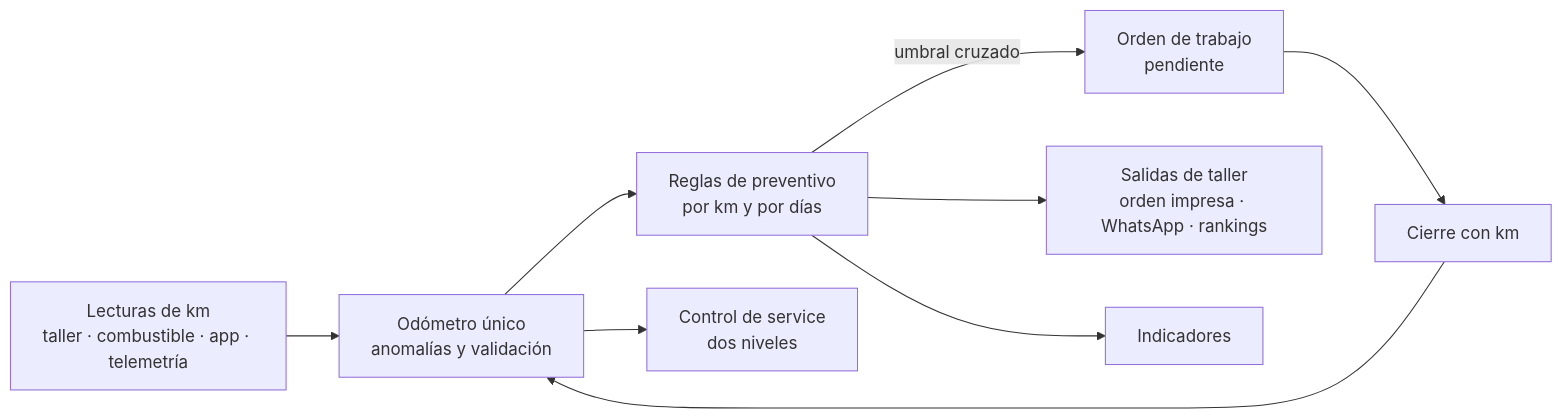
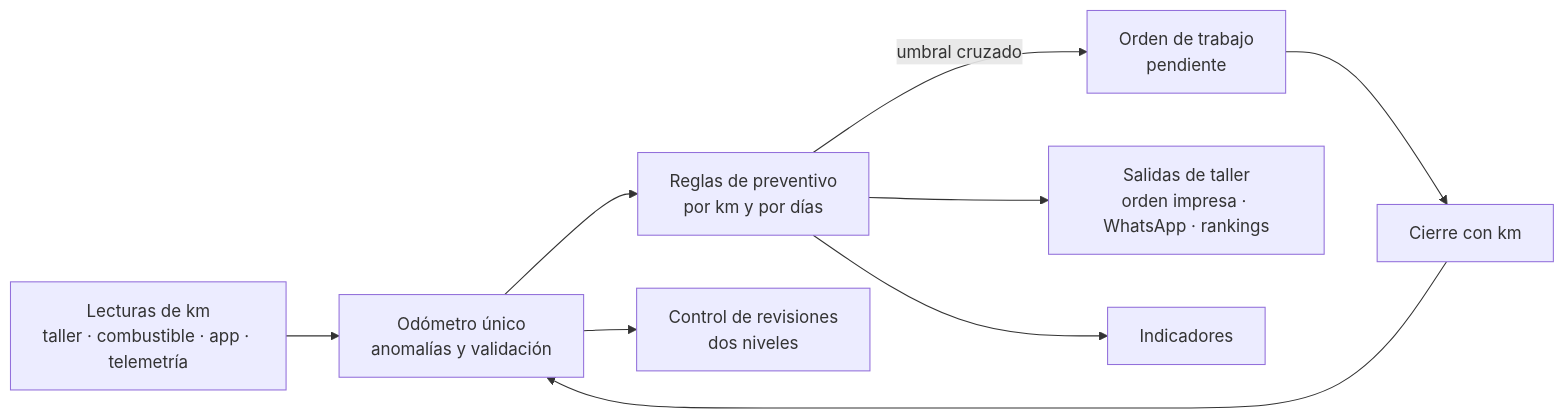
One commit to pacoborrego/guraify-tms-docs changed the diagram in source/17.0/6_resources/index.rst. Above: the diagram before and after it, drawn with Mermaid. The commit also changed other lines of this file and 120 other files, not shown here.

```diff
--- a/source/17.0/6_resources/index.rst
+++ b/source/17.0/6_resources/index.rst
@@ -15,11 +15,11 @@
 .. mermaid::
 
    flowchart LR
        L["Lecturas de km<br/>taller · combustible · app · telemetría"] --> O["Odómetro único<br/>anomalías y validación"]
        O --> R["Reglas de preventivo<br/>por km y por días"]
        R -->|umbral cruzado| P["Orden de trabajo<br/>pendiente"]
        P --> C["Cierre con km"]
        C --> O
-       O --> S["Control de service<br/>dos niveles"]
+       O --> S["Control de revisiones<br/>dos niveles"]
        R --> W["Salidas de taller<br/>orden impresa · WhatsApp · rankings"]
        R --> K["Indicadores"]
```
